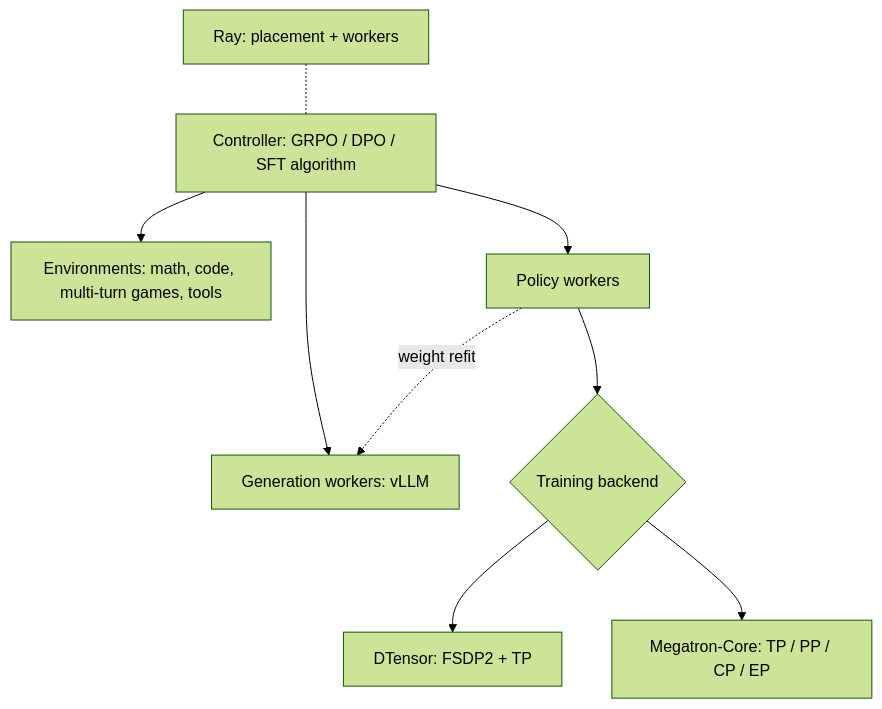
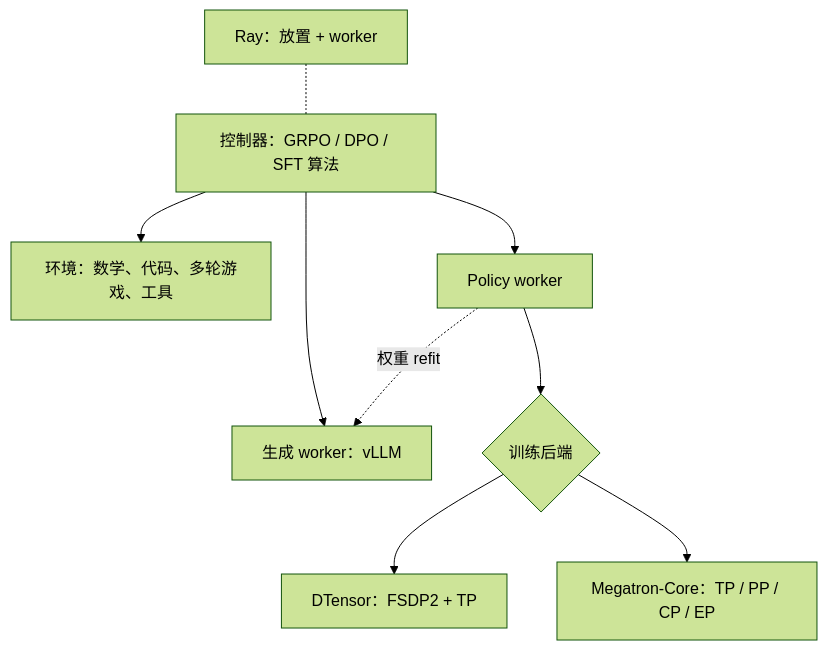
Before and after one commit to lxy-alexander/VoidIndex: the fifth of 8 diagrams in src/content/posts/llm-rl-frameworks.md, drawn with Mermaid (forest theme). The commit also changed other lines of this file and 4 other files, not shown here.

````diff
--- a/src/content/posts/llm-rl-frameworks.md
+++ b/src/content/posts/llm-rl-frameworks.md
@@ -152,12 +152,12 @@
 ```mermaid
 flowchart TB
-  C["Controller: GRPO / DPO / SFT algorithm"]
-  C --> E["Environments: math, code, multi-turn games, tools"]
-  C --> GEN["Generation workers: vLLM"]
-  C --> POL["Policy workers"]
-  POL --> B{"Training backend"}
-  B --> DT["DTensor: FSDP2 + TP"]
-  B --> MG["Megatron-Core: TP / PP / CP / EP"]
-  POL -. "weight refit" .-> GEN
-  RAY["Ray: placement + workers"] -.- C
+  C["控制器：GRPO / DPO / SFT 算法"]
+  C --> E["环境：数学、代码、多轮游戏、工具"]
+  C --> GEN["生成 worker：vLLM"]
+  C --> POL["Policy worker"]
+  POL --> B{"训练后端"}
+  B --> DT["DTensor：FSDP2 + TP"]
+  B --> MG["Megatron-Core：TP / PP / CP / EP"]
+  POL -. "权重 refit" .-> GEN
+  RAY["Ray：放置 + worker"] -.- C
 ```
````
